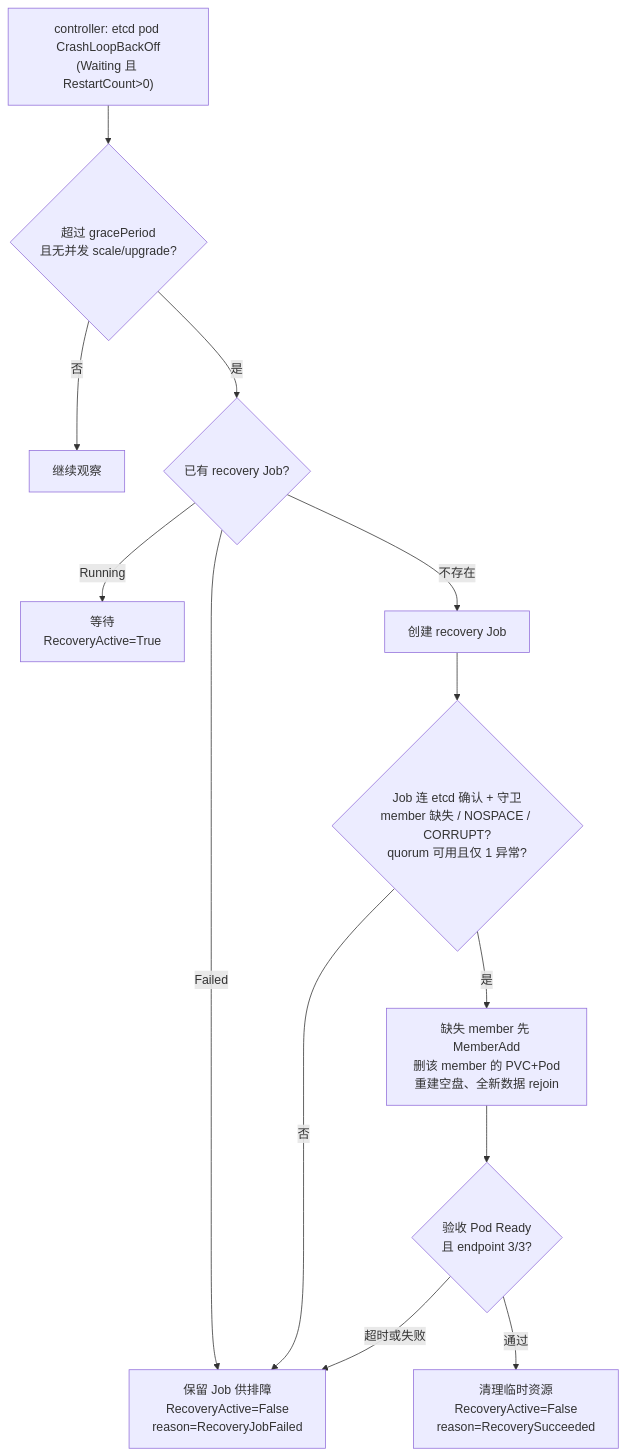
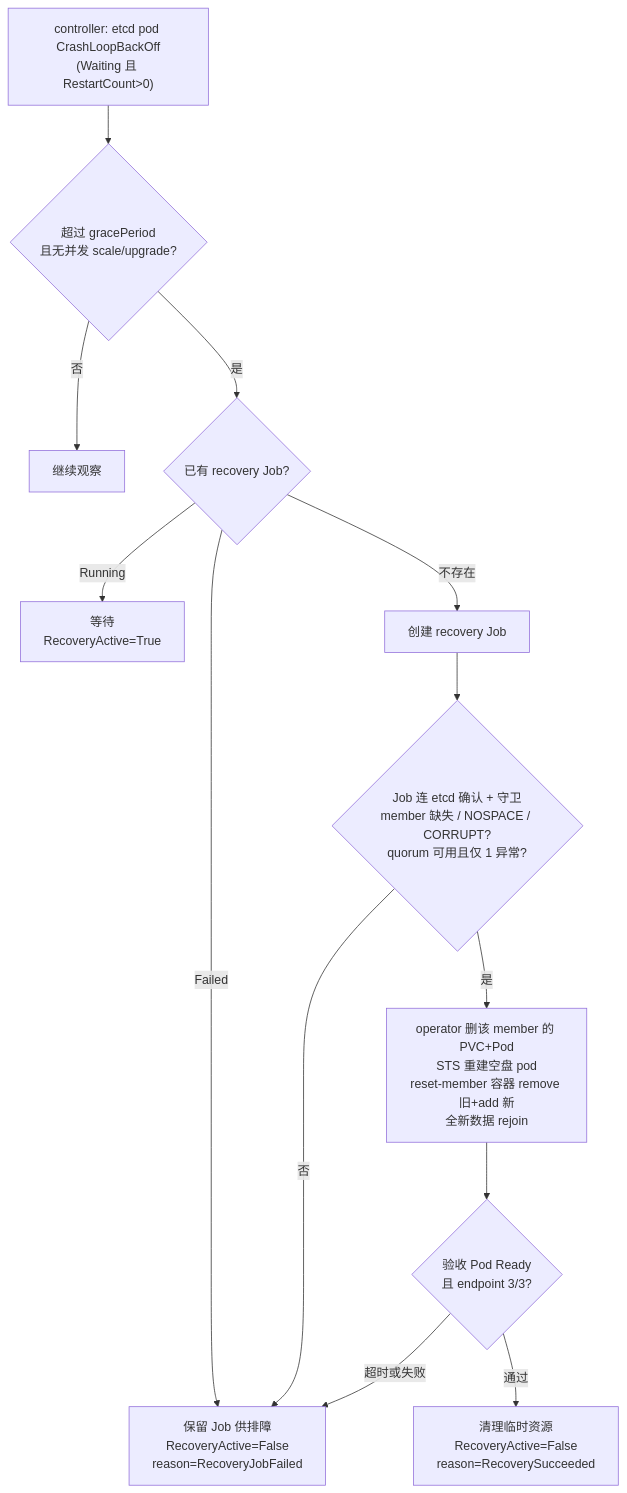
One commit to alauda/etcd-operator changed the third of 3 diagrams in docs/design/hcp-etcd-design.md. Above: the diagram before and after it, drawn with Mermaid. The commit also changed other lines of this file, not shown here.

First line of the commit message:
docs: ACP HCP etcd HA design (deploy/upgrade flow + observability)

````diff
--- a/docs/design/hcp-etcd-design.md
+++ b/docs/design/hcp-etcd-design.md
@@ -356,15 +451,15 @@
 ```mermaid
 flowchart TD
   A["controller: etcd pod CrashLoopBackOff<br/>(Waiting 且 RestartCount>0)"] --> C{"超过 gracePeriod<br/>且无并发 scale/upgrade?"}
   C -->|否| W[继续观察]
   C -->|是| D{已有 recovery Job?}
   D -->|Running| E[等待<br/>RecoveryActive=True]
   D -->|Failed| F[保留 Job 供排障<br/>RecoveryActive=False<br/>reason=RecoveryJobFailed]
   D -->|不存在| G[创建 recovery Job]
   G --> Q{"Job 连 etcd 确认 + 守卫<br/>member 缺失 / NOSPACE / CORRUPT?<br/>quorum 可用且仅 1 异常?"}
   Q -->|否| F
-  Q -->|是| H["缺失 member 先 MemberAdd<br/>删该 member 的 PVC+Pod<br/>重建空盘、全新数据 rejoin"]
+  Q -->|是| H["operator 删该 member 的 PVC+Pod<br/>STS 重建空盘 pod<br/>reset-member 容器 remove 旧+add 新<br/>全新数据 rejoin"]
   H --> I{"验收 Pod Ready<br/>且 endpoint 3/3?"}
   I -->|通过| J[清理临时资源<br/>RecoveryActive=False<br/>reason=RecoverySucceeded]
   I -->|超时或失败| F
 ```
````
